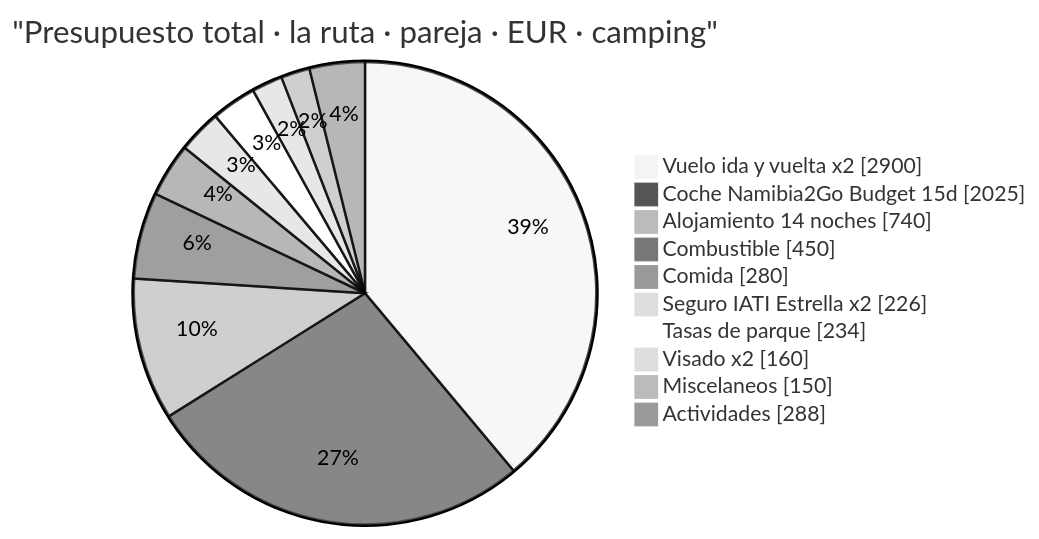
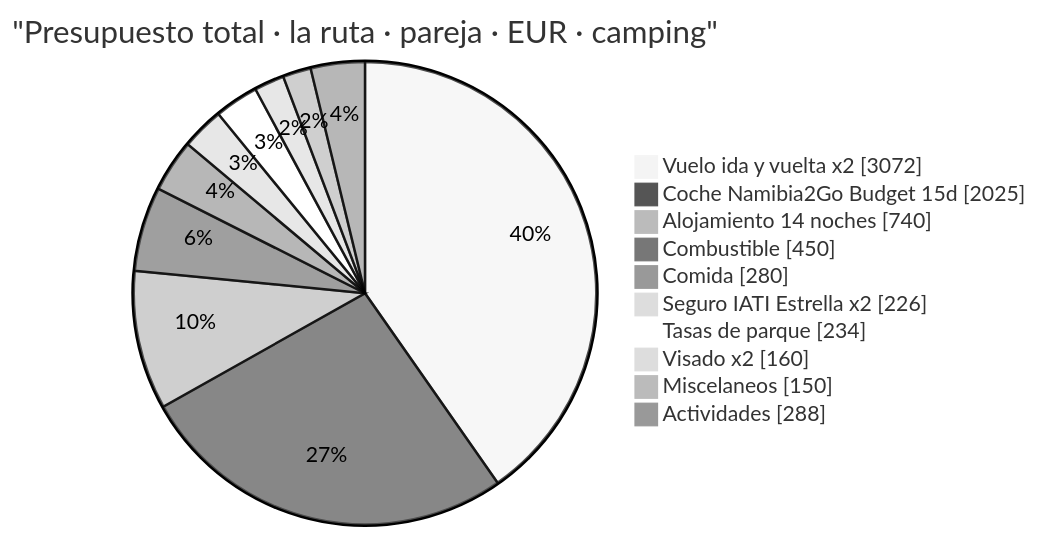
Before and after one commit to morandeirachema/namibia: the first of 8 diagrams in 02-presupuesto.md, drawn with Mermaid (neutral theme). The commit also changed other lines of this file and 7 other files, not shown here.

````diff
--- a/02-presupuesto.md
+++ b/02-presupuesto.md
@@ -47,14 +49,14 @@
 ```mermaid
 pie showData
     title "Presupuesto total · la ruta · pareja · EUR · camping"
-    "Vuelo ida y vuelta x2" : 2900
+    "Vuelo ida y vuelta x2" : 3072
     "Coche Namibia2Go Budget 15d" : 2025
     "Alojamiento 14 noches" : 740
     "Combustible" : 450
     "Comida" : 280
     "Seguro IATI Estrella x2" : 226
     "Tasas de parque" : 234
     "Visado x2" : 160
     "Miscelaneos" : 150
     "Actividades" : 288
 ```
````
